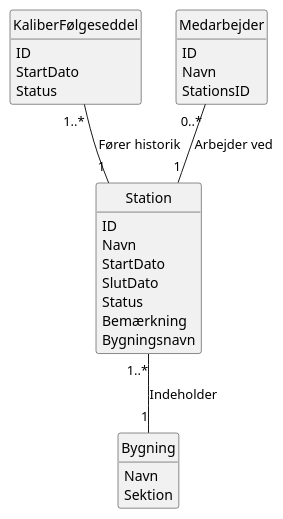
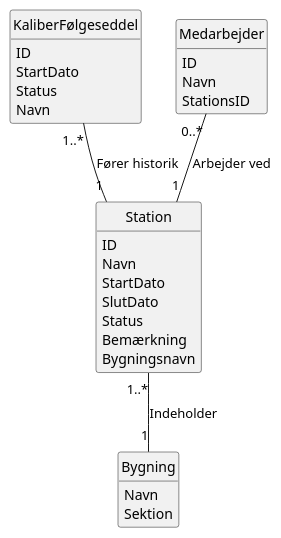
The diagram in uml_artifacts/domain_model.puml (marsbo04/budweg), drawn with PlantUML before and after one commit.

Commit message:
Added name for component

```diff
--- a/uml_artifacts/domain_model.puml
+++ b/uml_artifacts/domain_model.puml
@@ -1,41 +1,42 @@
 @startuml
 
 hide methods
 hide circle
 
 class KaliberFølgeseddel
 {
     ID
     StartDato
     Status
+    Navn
 }
 
 class Station
 {
     ID
     Navn
     StartDato
     SlutDato 
     Status
     Bemærkning
     Bygningsnavn
 }
 
 class Medarbejder 
 {
     ID
     Navn 
     StationsID
 }
 
 class Bygning
 {
     Navn
     Sektion
 }
 
 Medarbejder "0..*" -- "1" Station : Arbejder ved
 ' A station instance is added to KaliberFølgeseddel the moment a component arrives at a station. Thus the relationship is many to one.
 KaliberFølgeseddel "1..*" -- "1" Station : Fører historik
 Station "1..*" -- "1" Bygning : Indeholder
 @enduml
```
